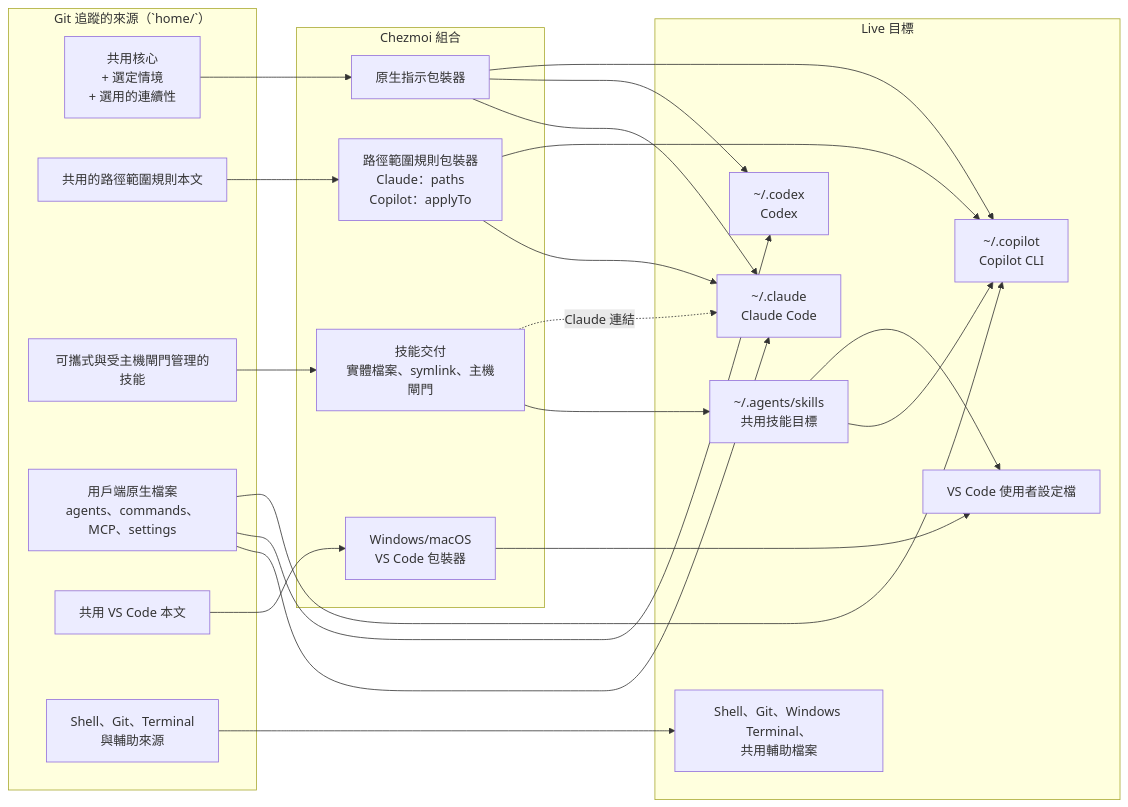
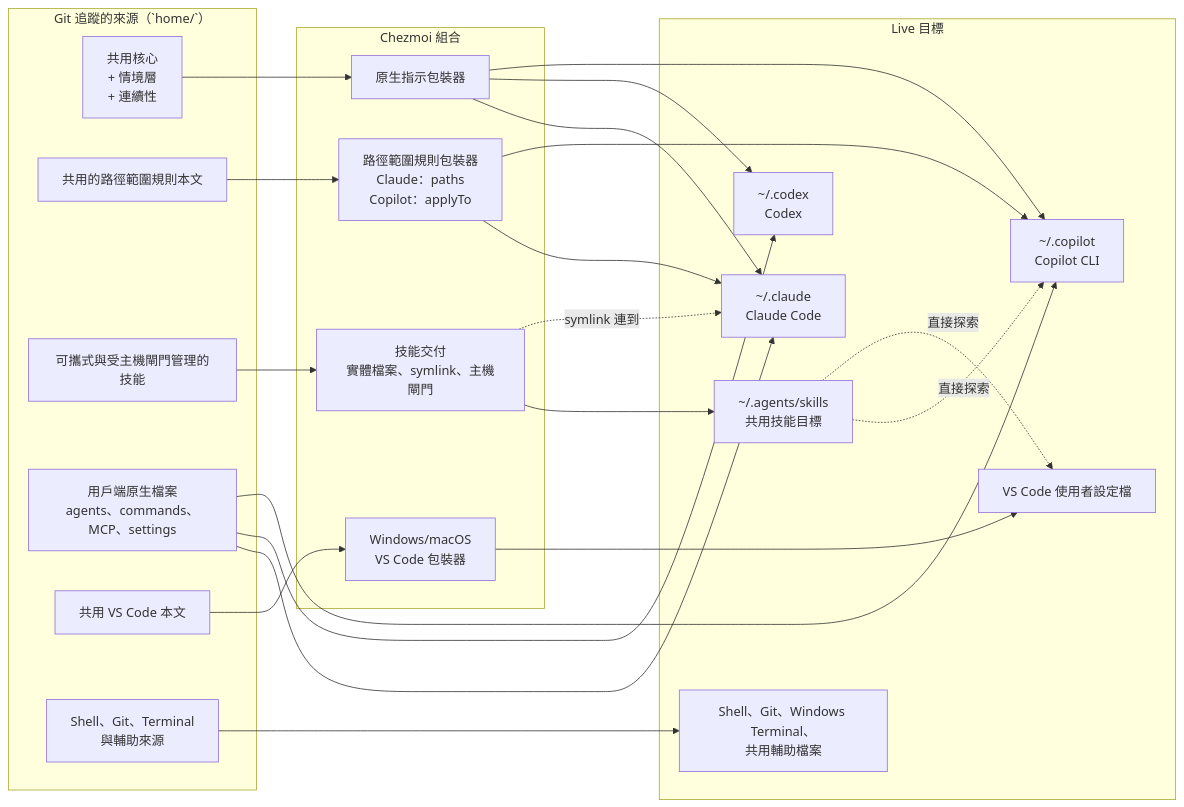
One commit to sherrilla71940/dotfiles changed the first of 2 diagrams in README.zh-TW.md. Above: the diagram before and after it, drawn with Mermaid. The commit also changed other lines of this file and 2 other files, not shown here.

````diff
--- a/README.zh-TW.md
+++ b/README.zh-TW.md
@@ -79,50 +110,50 @@
 ```mermaid
 flowchart LR
     subgraph source["Git 追蹤的來源（`home/`）"]
-        core["共用核心<br/>+ 選定情境<br/>+ 選用的連續性"]
+        core["共用核心<br/>+ 情境層<br/>+ 連續性"]
         rules["共用的路徑範圍規則本文"]
         skills["可攜式與受主機閘門管理的技能"]
         native["用戶端原生檔案<br/>agents、commands、MCP、settings"]
         vscodeBody["共用 VS Code 本文"]
         platform["Shell、Git、Terminal<br/>與輔助來源"]
     end
 
     subgraph render["Chezmoi 組合"]
         instructionAdapters["原生指示包裝器"]
         ruleAdapters["路徑範圍規則包裝器<br/>Claude：paths<br/>Copilot：applyTo"]
         skillDelivery["技能交付<br/>實體檔案、symlink、主機閘門"]
         osAdapters["Windows/macOS<br/>VS Code 包裝器"]
     end
 
     subgraph targets["Live 目標"]
         claude["~/.claude<br/>Claude Code"]
         codex["~/.codex<br/>Codex"]
         copilot["~/.copilot<br/>Copilot CLI"]
         agents["~/.agents/skills<br/>共用技能目標"]
         vscode["VS Code 使用者設定檔"]
         other["Shell、Git、Windows Terminal、<br/>共用輔助檔案"]
     end
 
     core --> instructionAdapters
     instructionAdapters --> claude
     instructionAdapters --> codex
     instructionAdapters --> copilot
 
     rules --> ruleAdapters
     ruleAdapters --> claude
     ruleAdapters --> copilot
 
     skills --> skillDelivery
     skillDelivery --> agents
-    skillDelivery -.->|"Claude 連結"| claude
+    skillDelivery -.->|"symlink 連到"| claude
 
     native --> claude
     native --> codex
     native --> copilot
 
     vscodeBody --> osAdapters --> vscode
     platform --> other
 
-    agents --> copilot
-    agents --> vscode
+    agents -.->|"直接探索"| copilot
+    agents -.->|"直接探索"| vscode
 ```
````
